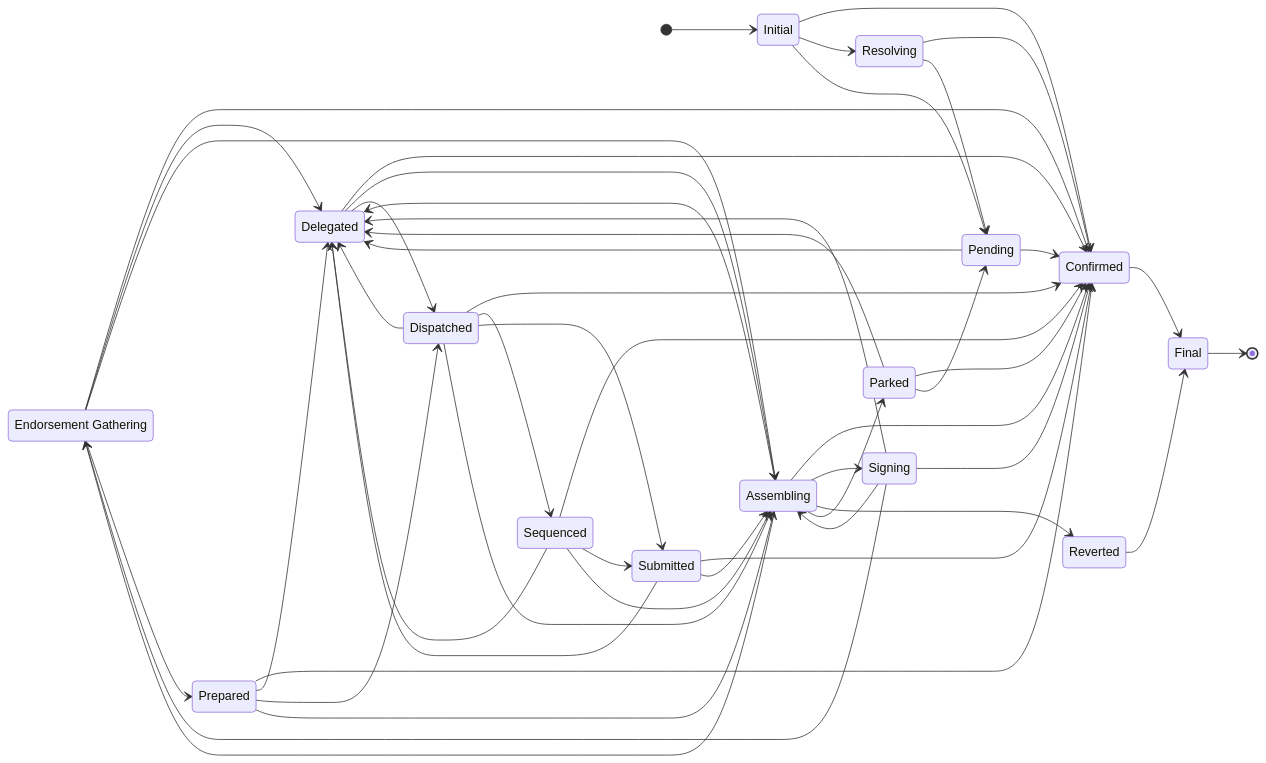
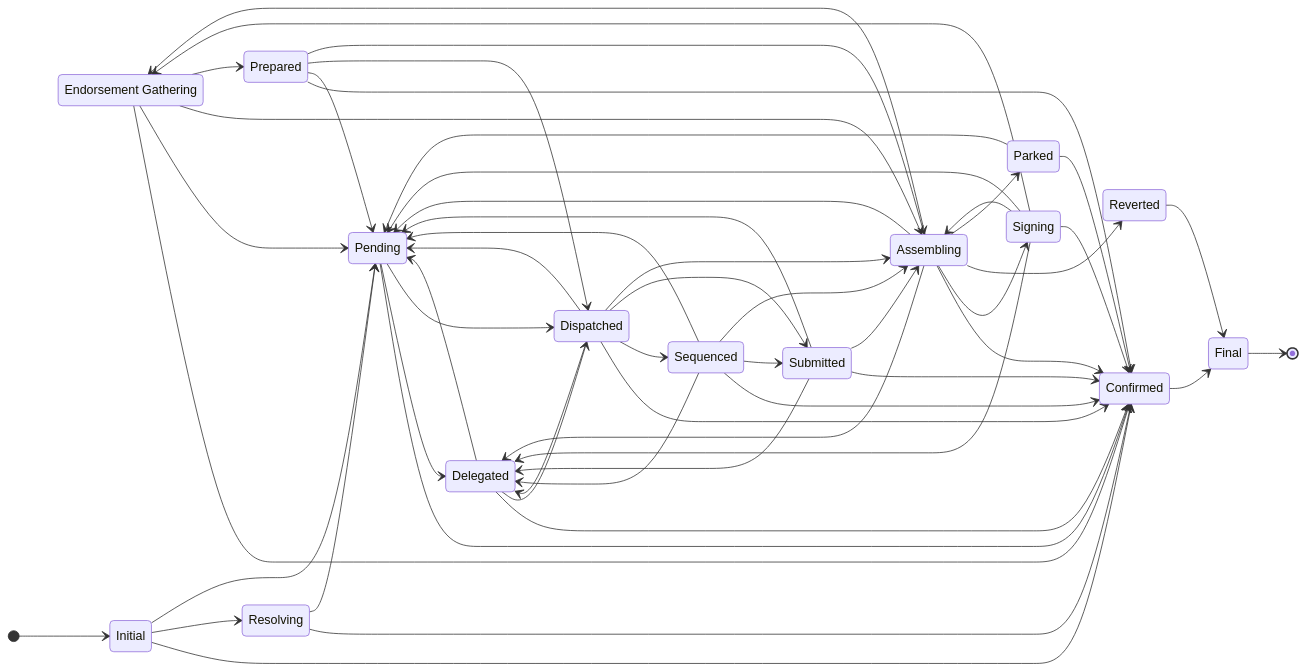
The fourth of 4 diagrams in doc-site/docs/architecture/distributed_sequencer_state_machine.md (kaleido-io/paladin), drawn with Mermaid before and after one commit. The commit also changed 73 other files, not shown here.

````diff
--- a/doc-site/docs/architecture/distributed_sequencer_state_machine.md
+++ b/doc-site/docs/architecture/distributed_sequencer_state_machine.md
@@ -165,53 +165,58 @@
 ```mermaid
 %%{init: {'themeVariables': {'background': 'transparent'}}}%%
 stateDiagram-v2
     direction LR
     state "Endorsement Gathering" as Endorsement_Gathering
     [*] --> Initial
     Initial --> Confirmed
     Initial --> Resolving
     Initial --> Pending
     Resolving --> Confirmed
     Resolving --> Pending
     Pending --> Confirmed
     Pending --> Delegated
+    Pending --> Dispatched
     Delegated --> Confirmed
-    Delegated --> Assembling
+    Delegated --> Pending
     Delegated --> Dispatched
     Assembling --> Confirmed
-    Assembling --> Delegated
+    Assembling --> Pending
     Assembling --> Signing
     Assembling --> Endorsement_Gathering
     Assembling --> Reverted
     Assembling --> Parked
+    Assembling --> Delegated
     Signing --> Confirmed
+    Signing --> Pending
+    Signing --> Endorsement_Gathering
     Signing --> Delegated
-    Signing --> Endorsement_Gathering
     Signing --> Assembling
     Endorsement_Gathering --> Confirmed
-    Endorsement_Gathering --> Delegated
+    Endorsement_Gathering --> Pending
     Endorsement_Gathering --> Assembling
     Endorsement_Gathering --> Prepared
     Prepared --> Confirmed
-    Prepared --> Delegated
+    Prepared --> Pending
     Prepared --> Dispatched
     Prepared --> Assembling
     Dispatched --> Confirmed
     Dispatched --> Delegated
+    Dispatched --> Pending
     Dispatched --> Sequenced
     Dispatched --> Submitted
     Dispatched --> Assembling
     Sequenced --> Confirmed
     Sequenced --> Delegated
+    Sequenced --> Pending
     Sequenced --> Submitted
     Sequenced --> Assembling
     Submitted --> Confirmed
     Submitted --> Delegated
+    Submitted --> Pending
     Submitted --> Assembling
     Parked --> Confirmed
-    Parked --> Delegated
     Parked --> Pending
     Confirmed --> Final
     Reverted --> Final
     Final --> [*]
 ```
````
